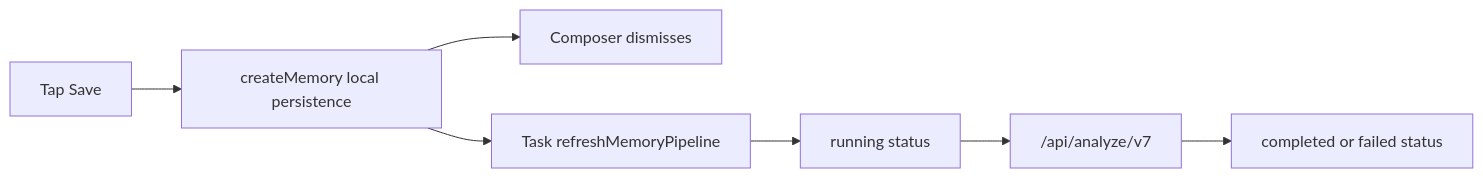
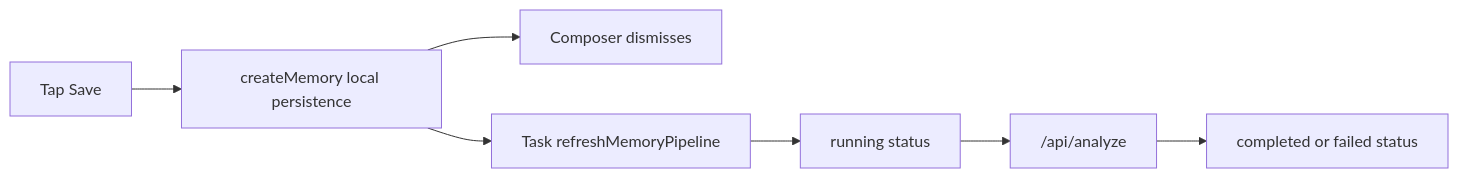
One commit to daaihang/sprout changed the diagram in docs/mory_system_handbook/04_ai_intervention_matrix/README.md. Above: the diagram before and after it, drawn with Mermaid. The commit also changed other lines of this file and 90 other files, not shown here.

````diff
--- a/docs/mory_system_handbook/04_ai_intervention_matrix/README.md
+++ b/docs/mory_system_handbook/04_ai_intervention_matrix/README.md
@@ -34,9 +34,9 @@
 ```mermaid
 flowchart LR
     A["Tap Save"] --> B["createMemory local persistence"]
     B --> C["Composer dismisses"]
     B --> D["Task refreshMemoryPipeline"]
     D --> E["running status"]
-    E --> F["/api/analyze/v7"]
+    E --> F["/api/analyze"]
     F --> G["completed or failed status"]
 ```
````
